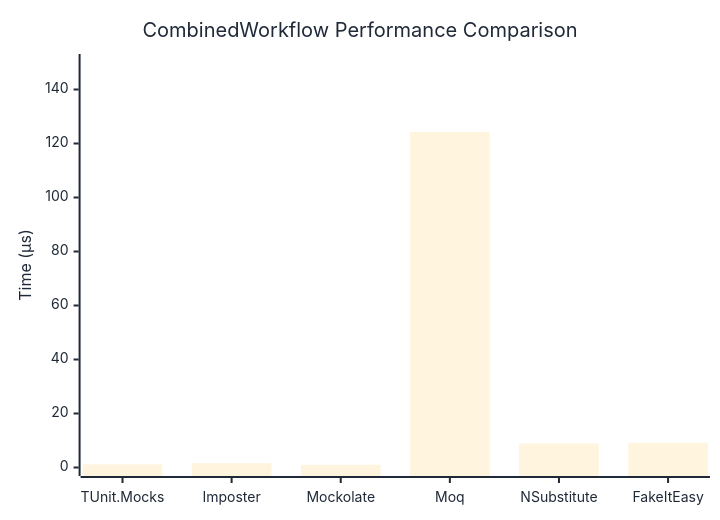
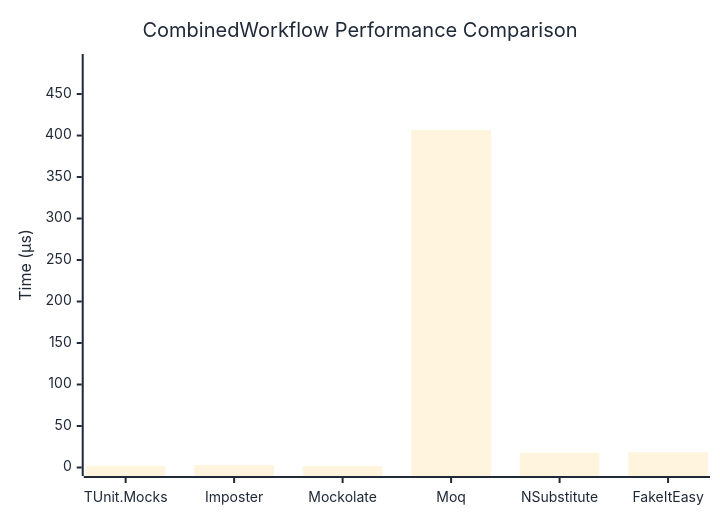
Before and after one commit to thomhurst/TUnit: the diagram in docs/docs/benchmarks/mocks/CombinedWorkflow.md, drawn with Mermaid. The commit also changed other lines of this file and 14 other files, not shown here.

````diff
--- a/docs/docs/benchmarks/mocks/CombinedWorkflow.md
+++ b/docs/docs/benchmarks/mocks/CombinedWorkflow.md
@@ -30,27 +30,27 @@
 ```mermaid
 %%{init: {
   'theme':'base',
   'themeVariables': {
     'primaryColor': '#2563eb',
     'primaryTextColor': '#1f2937',
     'primaryBorderColor': '#1e40af',
     'lineColor': '#6b7280',
     'secondaryColor': '#7c3aed',
     'tertiaryColor': '#dc2626',
     'background': '#ffffff',
     'pie1': '#2563eb',
     'pie2': '#7c3aed',
     'pie3': '#dc2626',
     'pie4': '#f59e0b',
     'pie5': '#10b981',
     'pie6': '#06b6d4',
     'pie7': '#ec4899',
     'pie8': '#6366f1'
   }
 }}%%
 xychart-beta
   title "CombinedWorkflow Performance Comparison"
   x-axis ["TUnit.Mocks", "Imposter", "Mockolate", "Moq", "NSubstitute", "FakeItEasy"]
-  y-axis "Time (μs)" 0 --> 150
-  bar [1.173, 1.565, 1.018, 124.317, 8.903, 9.18]
+  y-axis "Time (μs)" 0 --> 488
+  bar [2.057, 2.982, 1.714, 406.602, 17.79, 18.321]
 ```
````
